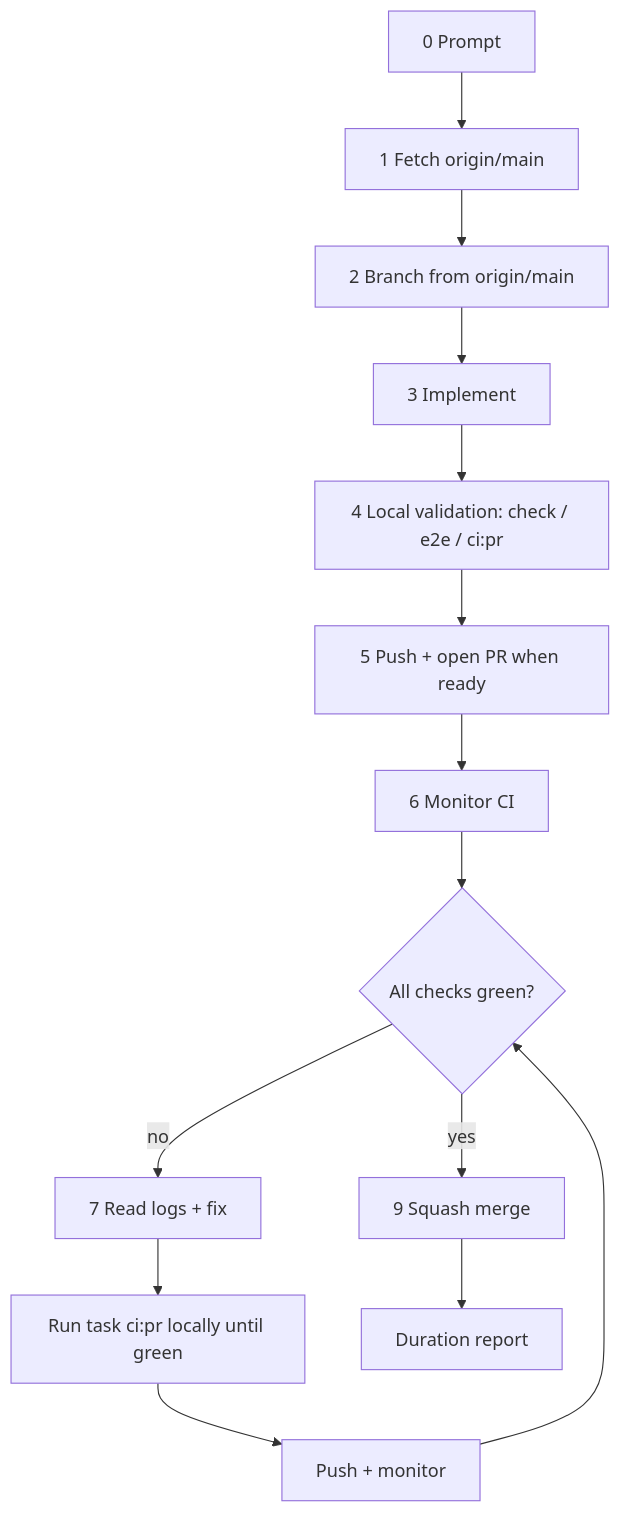
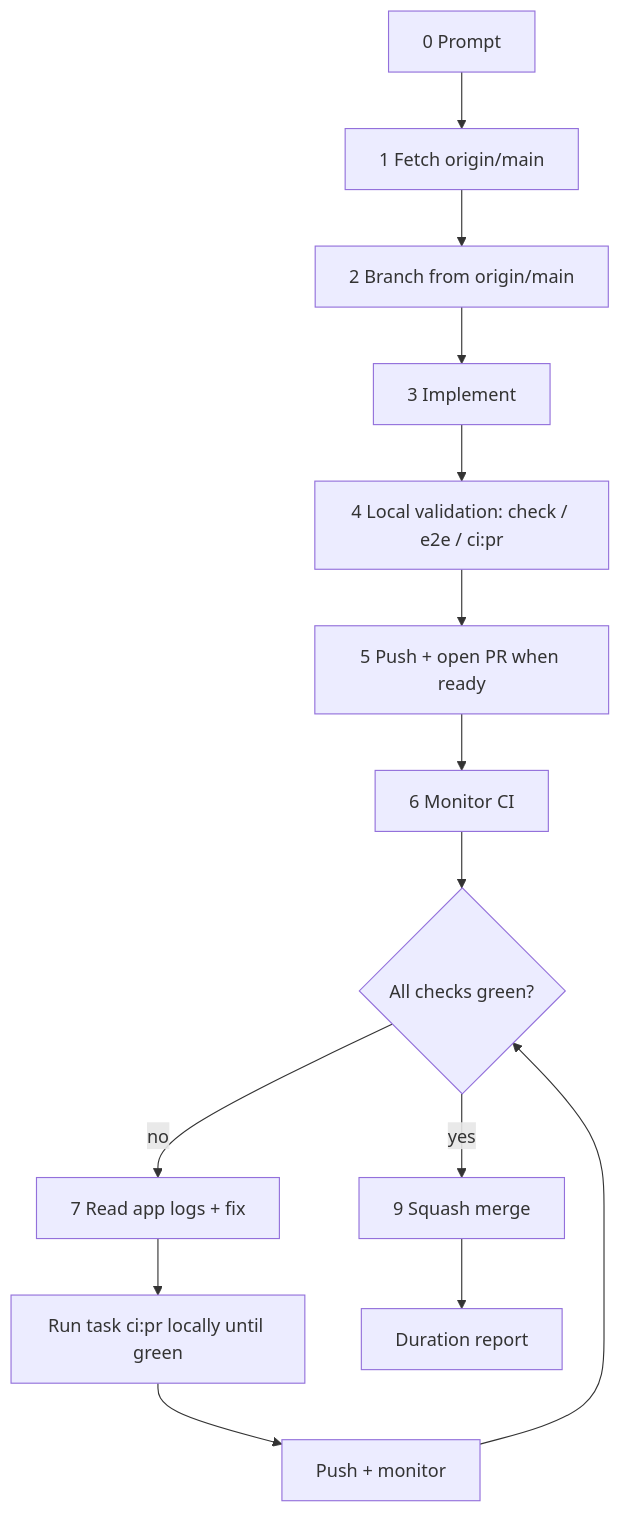
One commit to meta-secret/nook changed the diagram in .cortex/workflows/coding-bro.md. Above: the diagram before and after it, drawn with Mermaid. The commit also changed other lines of this file and 12 other files, not shown here.

First line of the commit message:
Add /app-logs JSON export and agent rules for e2e log analysis.

````diff
--- a/.cortex/workflows/coding-bro.md
+++ b/.cortex/workflows/coding-bro.md
@@ -47,16 +51,16 @@
 ```mermaid
 flowchart TD
   P[0 Prompt] --> F[1 Fetch origin/main]
   F --> B[2 Branch from origin/main]
   B --> I[3 Implement]
   I --> L[4 Local validation: check / e2e / ci:pr]
   L --> PU[5 Push + open PR when ready]
   PU --> PR[6 Monitor CI]
   PR --> G{All checks green?}
   G -->|yes| M[9 Squash merge]
-  G -->|no| FIX[7 Read logs + fix]
+  G -->|no| FIX[7 Read app logs + fix]
   FIX --> FULL[Run task ci:pr locally until green]
   FULL --> PUSH[Push + monitor]
   PUSH --> G
   M --> D[Duration report]
 ```
````
